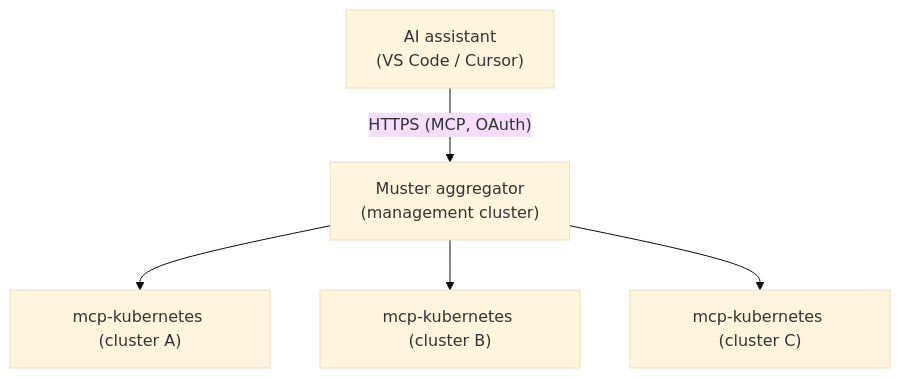
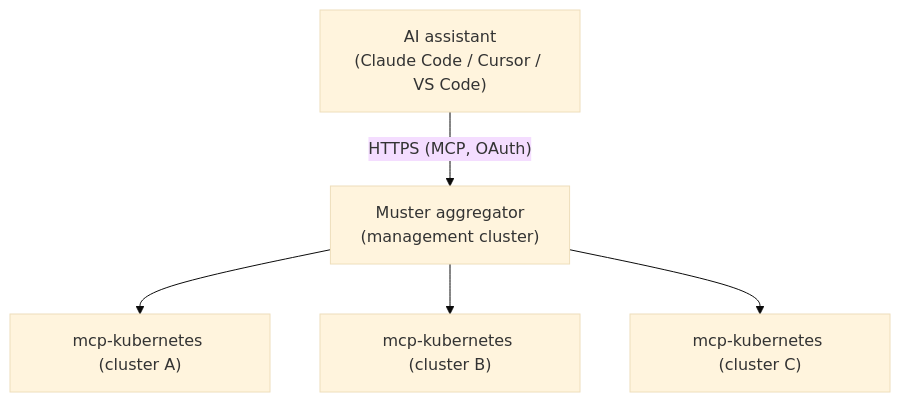
Before and after one commit to giantswarm/docs: the diagram in src/content/getting-started/ai-agent-setup/index.md, drawn with Mermaid (base theme). The commit also changed other lines of this file and 12 other files, not shown here.

```diff
--- a/src/content/getting-started/ai-agent-setup/index.md
+++ b/src/content/getting-started/ai-agent-setup/index.md
@@ -33,12 +33,12 @@
 {{< mermaid >}}
 flowchart TB
-  client["AI assistant<br/>(VS Code / Cursor)"]
+  client["AI assistant<br/>(Claude Code / Cursor / VS Code)"]
   muster["Muster aggregator<br/>(management cluster)"]
   k8sA["mcp-kubernetes (cluster A)"]
   k8sB["mcp-kubernetes (cluster B)"]
   k8sC["mcp-kubernetes (cluster C)"]
   client -- "HTTPS (MCP, OAuth)" --> muster
   muster --> k8sA
   muster --> k8sB
   muster --> k8sC
 {{< /mermaid >}}
```
